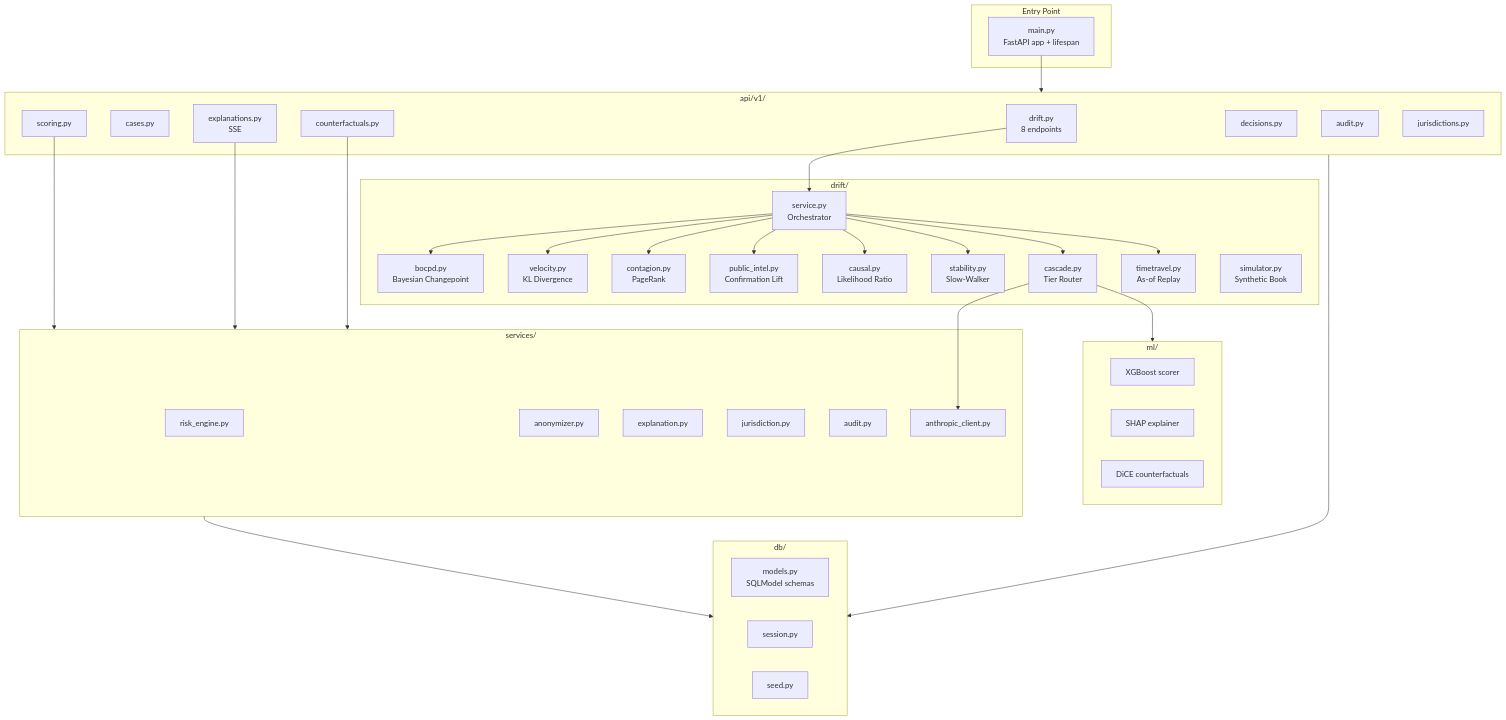
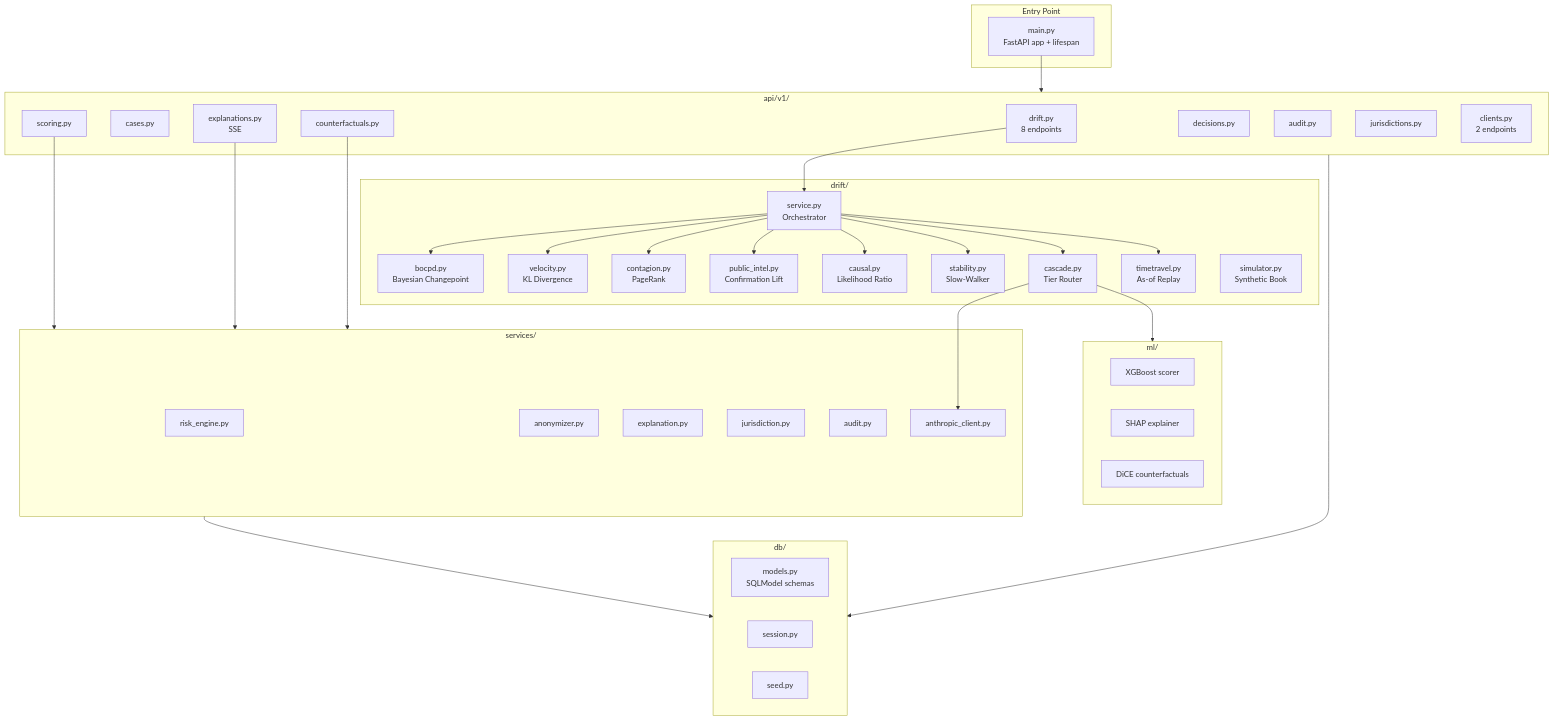
One commit to SteveDok22/Swisshacks-2026 changed the third of 4 diagrams in docs/architecture.md. Above: the diagram before and after it, drawn with Mermaid. The commit also changed other lines of this file and 11 other files, not shown here.

````diff
--- a/docs/architecture.md
+++ b/docs/architecture.md
@@ -86,58 +86,59 @@
 ```mermaid
 graph TD
     subgraph Entry["Entry Point"]
         Main[main.py\nFastAPI app + lifespan]
     end
 
     subgraph API["api/v1/"]
         R1[drift.py\n8 endpoints]
         R2[cases.py]
         R3[scoring.py]
         R4[explanations.py\nSSE]
         R5[counterfactuals.py]
         R6[decisions.py]
         R7[audit.py]
         R8[jurisdictions.py]
+        R9[clients.py\n2 endpoints]
     end
 
     subgraph Core["drift/"]
         bocpd[bocpd.py\nBayesian Changepoint]
         velocity[velocity.py\nKL Divergence]
         contagion[contagion.py\nPageRank]
         pubintel[public_intel.py\nConfirmation Lift]
         causal[causal.py\nLikelihood Ratio]
         stability[stability.py\nSlow-Walker]
         cascade[cascade.py\nTier Router]
         timetravel[timetravel.py\nAs-of Replay]
         simulator[simulator.py\nSynthetic Book]
         service[service.py\nOrchestrator]
     end
 
     subgraph ML["ml/"]
         xgb[XGBoost scorer]
         shap_m[SHAP explainer]
         dice_m[DiCE counterfactuals]
     end
 
     subgraph Svc["services/"]
         risk[risk_engine.py]
         anon[anonymizer.py]
         expl[explanation.py]
         jur[jurisdiction.py]
         aud[audit.py]
         claude_c[anthropic_client.py]
     end
 
     subgraph Data["db/"]
         models[models.py\nSQLModel schemas]
         session[session.py]
         seed[seed.py]
     end
 
     Main --> API
     R1 --> service
     service --> bocpd & velocity & contagion & pubintel & causal & stability & cascade & timetravel
     cascade --> ML & claude_c
     R3 & R4 & R5 --> Svc
     Svc & API --> Data
 ```
````
